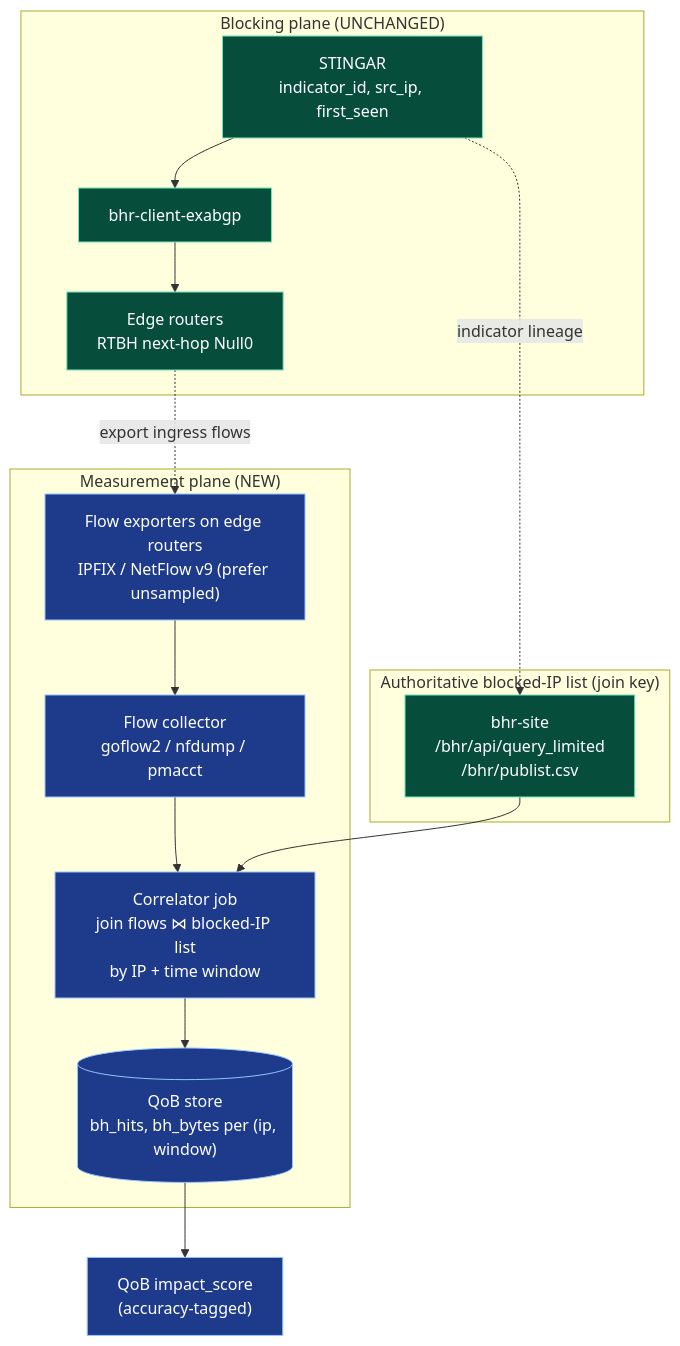
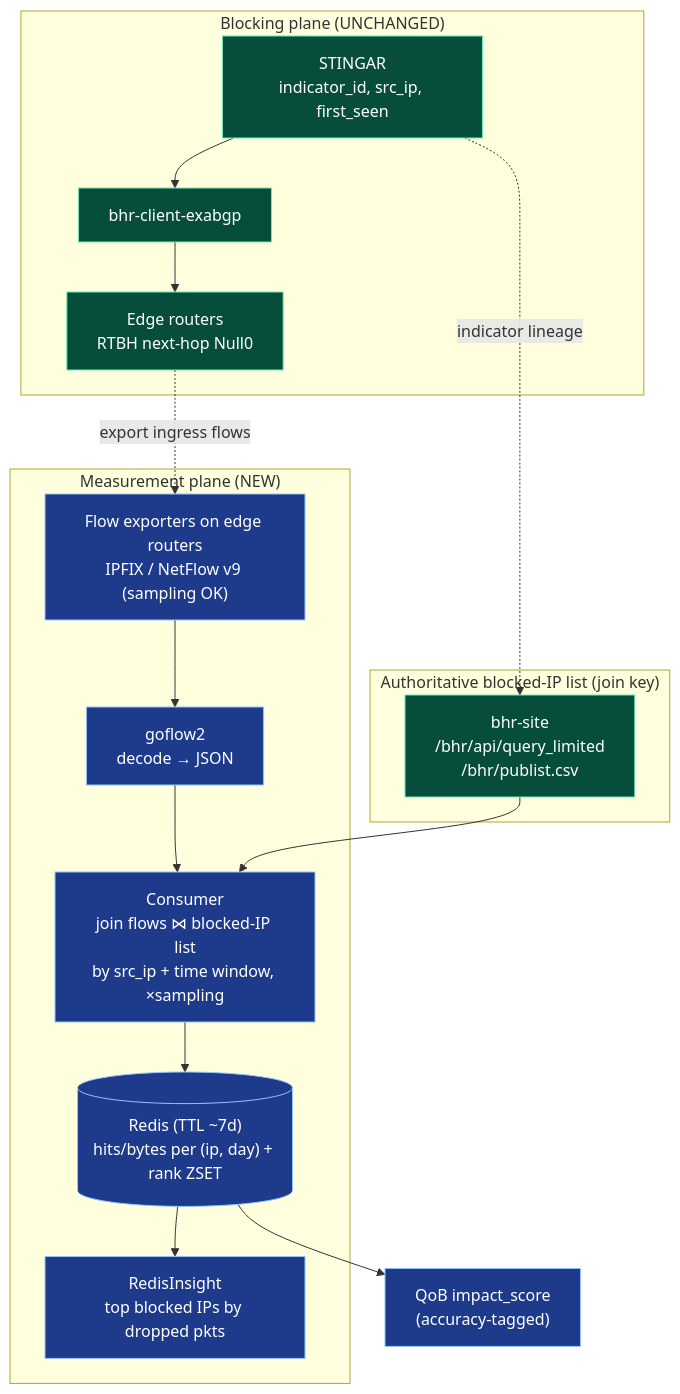
The diagram in plan-netflow-counting.md (reese-pagtalunan/quality-of-blocking), drawn with Mermaid before and after one commit. The commit also changed other lines of this file and 22 other files, not shown here.

````diff
--- a/plan-netflow-counting.md
+++ b/plan-netflow-counting.md
@@ -63,32 +63,34 @@
 ```mermaid
 flowchart TD
     subgraph CONTROL["Blocking plane (UNCHANGED)"]
         STG["STINGAR<br/>indicator_id, src_ip, first_seen"]
         EXA["bhr-client-exabgp"]
         RTR["Edge routers<br/>RTBH next-hop Null0"]
         STG --> EXA --> RTR
     end
 
     subgraph LIST["Authoritative blocked-IP list (join key)"]
         BHR["bhr-site<br/>/bhr/api/query_limited<br/>/bhr/publist.csv"]
         STG -. indicator lineage .-> BHR
     end
 
     subgraph MEASURE["Measurement plane (NEW)"]
-        EXP["Flow exporters on edge routers<br/>IPFIX / NetFlow v9 (prefer unsampled)"]
-        COL["Flow collector<br/>goflow2 / nfdump / pmacct"]
-        CORR["Correlator job<br/>join flows ⋈ blocked-IP list<br/>by IP + time window"]
-        STORE[("QoB store<br/>bh_hits, bh_bytes per (ip, window)")]
+        EXP["Flow exporters on edge routers<br/>IPFIX / NetFlow v9 (sampling OK)"]
+        COL["goflow2<br/>decode → JSON"]
+        CORR["Consumer<br/>join flows ⋈ blocked-IP list<br/>by src_ip + time window, ×sampling"]
+        STORE[("Redis (TTL ~7d)<br/>hits/bytes per (ip, day) + rank ZSET")]
+        VIEW["RedisInsight<br/>top blocked IPs by dropped pkts"]
         RTR -. export ingress flows .-> EXP
         EXP --> COL --> CORR
         BHR --> CORR
         CORR --> STORE
+        STORE --> VIEW
     end
 
     STORE --> QOB["QoB impact_score<br/>(accuracy-tagged)"]
 
     classDef ctrl fill:#064e3b,stroke:#6ee7b7,color:#fff
     classDef meas fill:#1e3a8a,stroke:#93c5fd,color:#fff
     class STG,EXA,RTR,BHR ctrl
-    class EXP,COL,CORR,STORE,QOB meas
+    class EXP,COL,CORR,STORE,VIEW,QOB meas
 ```
````
